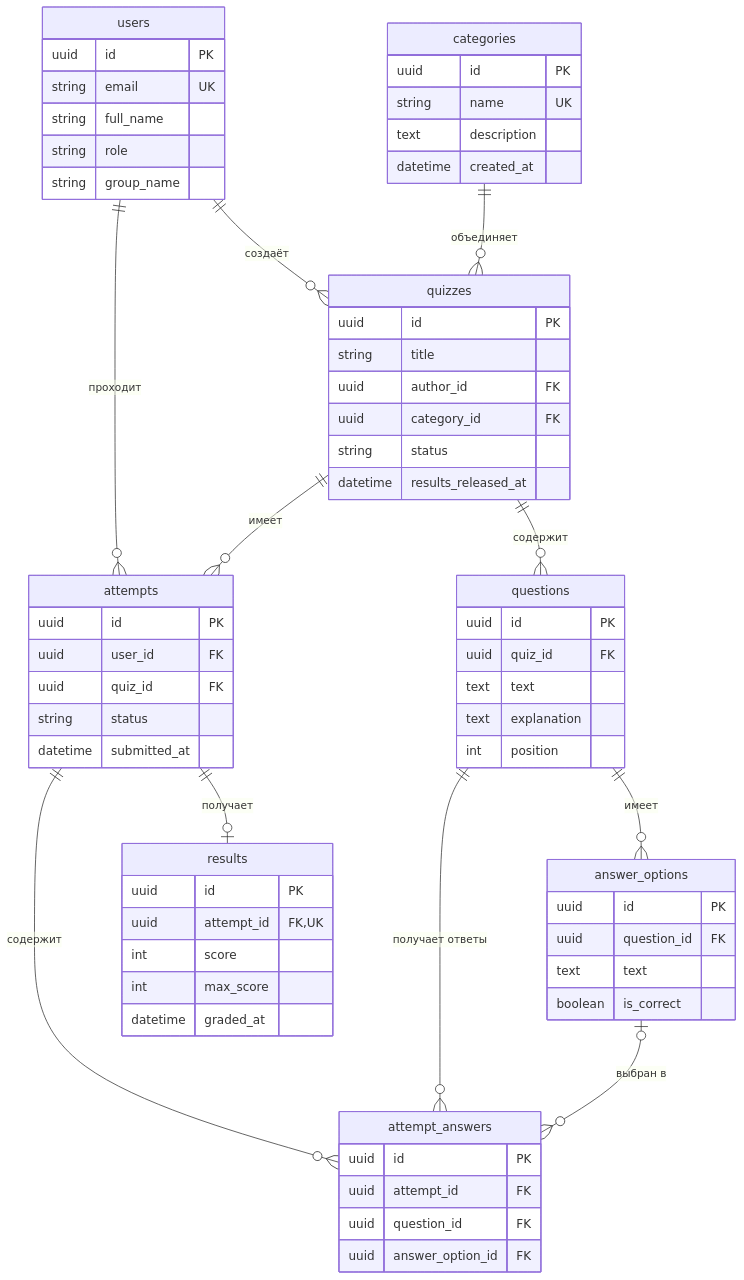
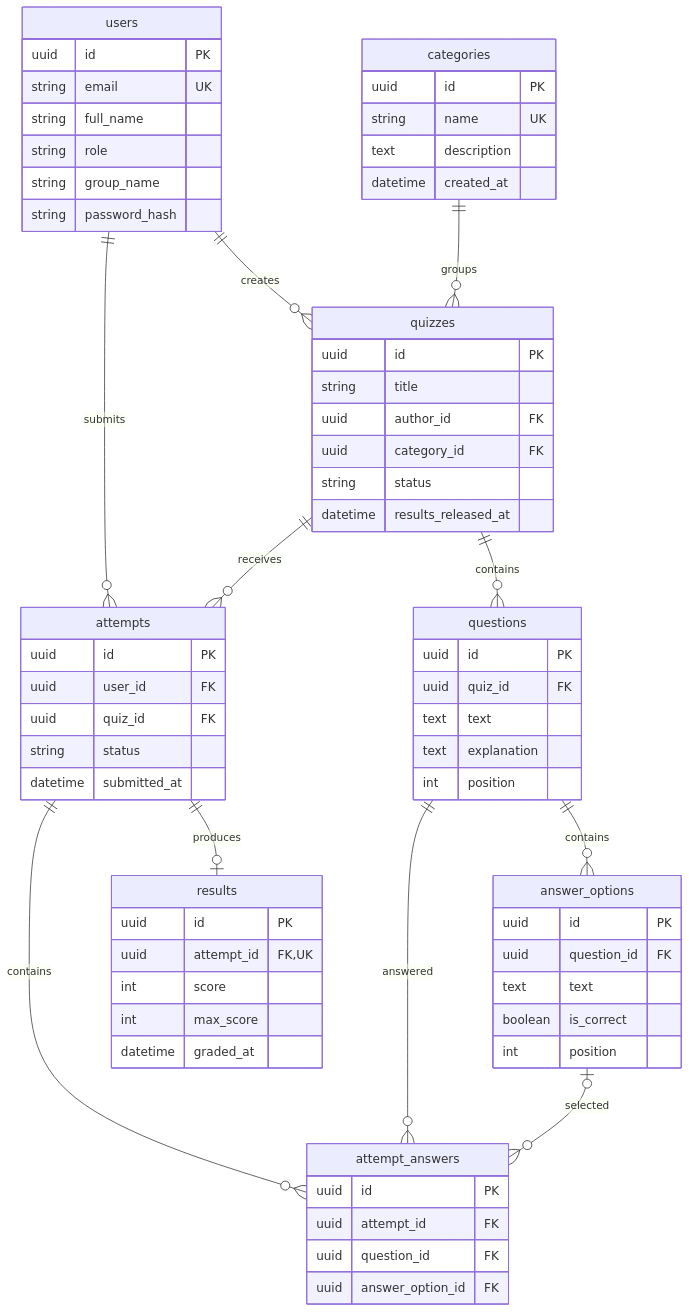
One commit to svetlanashegay-commits/Delul changed the diagram in docs/er-diagram.md. Above: the diagram before and after it, drawn with Mermaid. The commit also changed other lines of this file and 2 other files, not shown here.

Commit message:
Align API architecture and data model with module requirements

````diff
--- a/docs/er-diagram.md
+++ b/docs/er-diagram.md
@@ -37,68 +37,69 @@
 ```mermaid
 erDiagram
-    users ||--o{ quizzes : "создаёт"
-    categories ||--o{ quizzes : "объединяет"
-    quizzes ||--o{ questions : "содержит"
-    questions ||--o{ answer_options : "имеет"
-    users ||--o{ attempts : "проходит"
-    quizzes ||--o{ attempts : "имеет"
-    attempts ||--o{ attempt_answers : "содержит"
-    questions ||--o{ attempt_answers : "получает ответы"
-    answer_options |o--o{ attempt_answers : "выбран в"
-    attempts ||--o| results : "получает"
-
+    users ||--o{ quizzes : creates
+    categories ||--o{ quizzes : groups
+    quizzes ||--o{ questions : contains
+    questions ||--o{ answer_options : contains
+    users ||--o{ attempts : submits
+    quizzes ||--o{ attempts : receives
+    attempts ||--o{ attempt_answers : contains
+    questions ||--o{ attempt_answers : answered
+    answer_options |o--o{ attempt_answers : selected
+    attempts ||--o| results : produces
     users {
         uuid id PK
         string email UK
         string full_name
         string role
         string group_name
+        string password_hash
     }
     categories {
         uuid id PK
         string name UK
         text description
         datetime created_at
     }
     quizzes {
         uuid id PK
         string title
         uuid author_id FK
         uuid category_id FK
         string status
         datetime results_released_at
     }
     questions {
         uuid id PK
         uuid quiz_id FK
         text text
         text explanation
         int position
     }
     answer_options {
         uuid id PK
         uuid question_id FK
         text text
         boolean is_correct
+        int position
     }
     attempts {
         uuid id PK
         uuid user_id FK
         uuid quiz_id FK
         string status
         datetime submitted_at
     }
     attempt_answers {
         uuid id PK
         uuid attempt_id FK
         uuid question_id FK
         uuid answer_option_id FK
     }
     results {
         uuid id PK
         uuid attempt_id FK,UK
         int score
         int max_score
         datetime graded_at
     }
 ```
````
